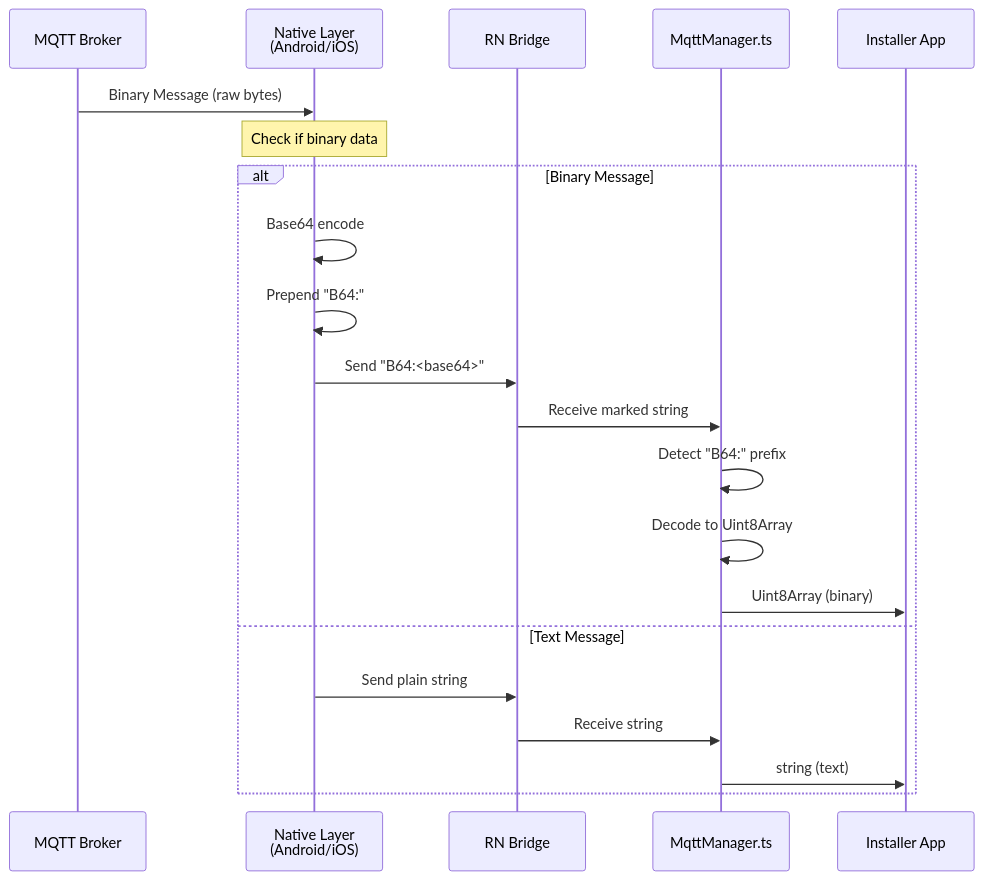
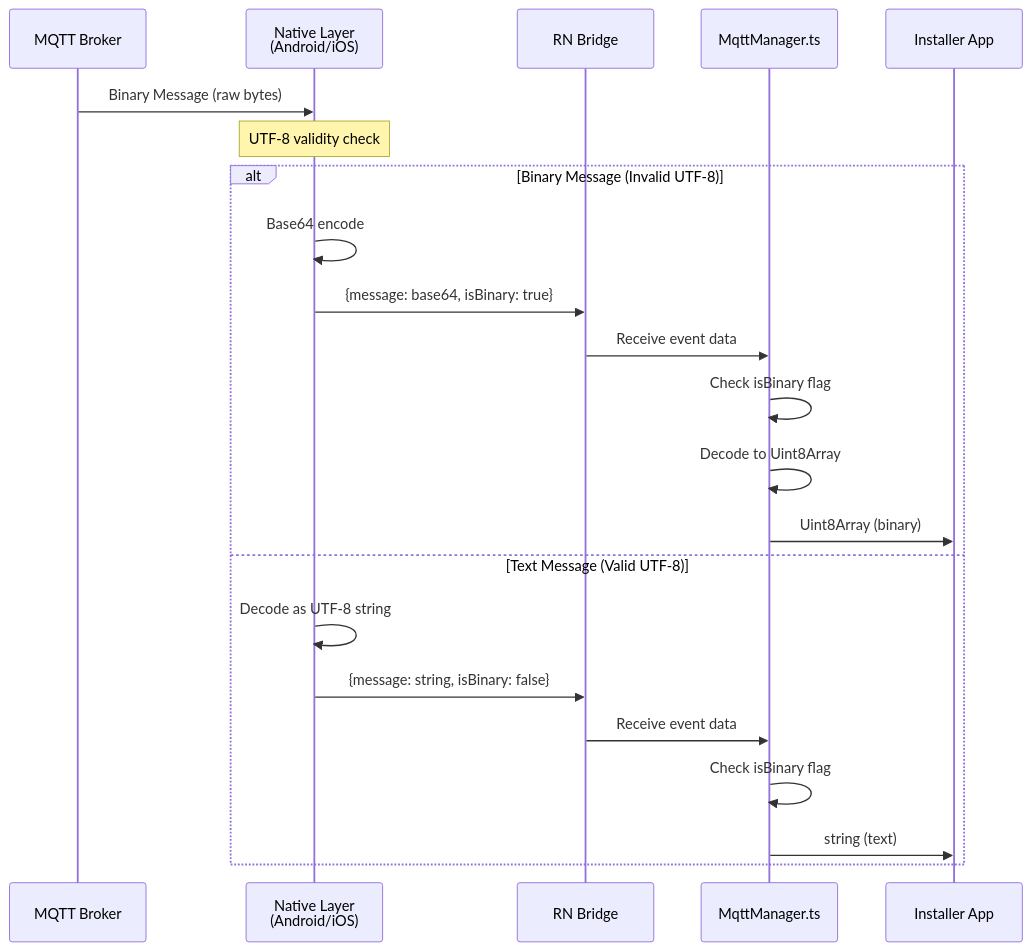
Before and after one commit to generacclean/react-native-mqtt-mtls: the second of 9 diagrams in MQTT_ARCHITECTURE.md, drawn with Mermaid. The commit also changed other lines of this file and 3 other files, not shown here.

First line of the commit message:
docs: fix MQTT_ARCHITECTURE.md and add binary detection clarifications

````diff
--- a/MQTT_ARCHITECTURE.md
+++ b/MQTT_ARCHITECTURE.md
@@ -117,25 +117,26 @@
 ```mermaid
 sequenceDiagram
     participant Broker as MQTT Broker
     participant Native as Native Layer<br/>(Android/iOS)
     participant Bridge as RN Bridge
     participant Manager as MqttManager.ts
     participant App as Installer App
     
     Broker->>Native: Binary Message (raw bytes)
-    Note over Native: Check if binary data
+    Note over Native: UTF-8 validity check
     
-    alt Binary Message
+    alt Binary Message (Invalid UTF-8)
         Native->>Native: Base64 encode
-        Native->>Native: Prepend "B64:"
-        Native->>Bridge: Send "B64:<base64>"
-        Bridge->>Manager: Receive marked string
-        Manager->>Manager: Detect "B64:" prefix
+        Native->>Bridge: {message: base64, isBinary: true}
+        Bridge->>Manager: Receive event data
+        Manager->>Manager: Check isBinary flag
         Manager->>Manager: Decode to Uint8Array
         Manager->>App: Uint8Array (binary)
-    else Text Message
-        Native->>Bridge: Send plain string
-        Bridge->>Manager: Receive string
+    else Text Message (Valid UTF-8)
+        Native->>Native: Decode as UTF-8 string
+        Native->>Bridge: {message: string, isBinary: false}
+        Bridge->>Manager: Receive event data
+        Manager->>Manager: Check isBinary flag
         Manager->>App: string (text)
     end
 ```
````
